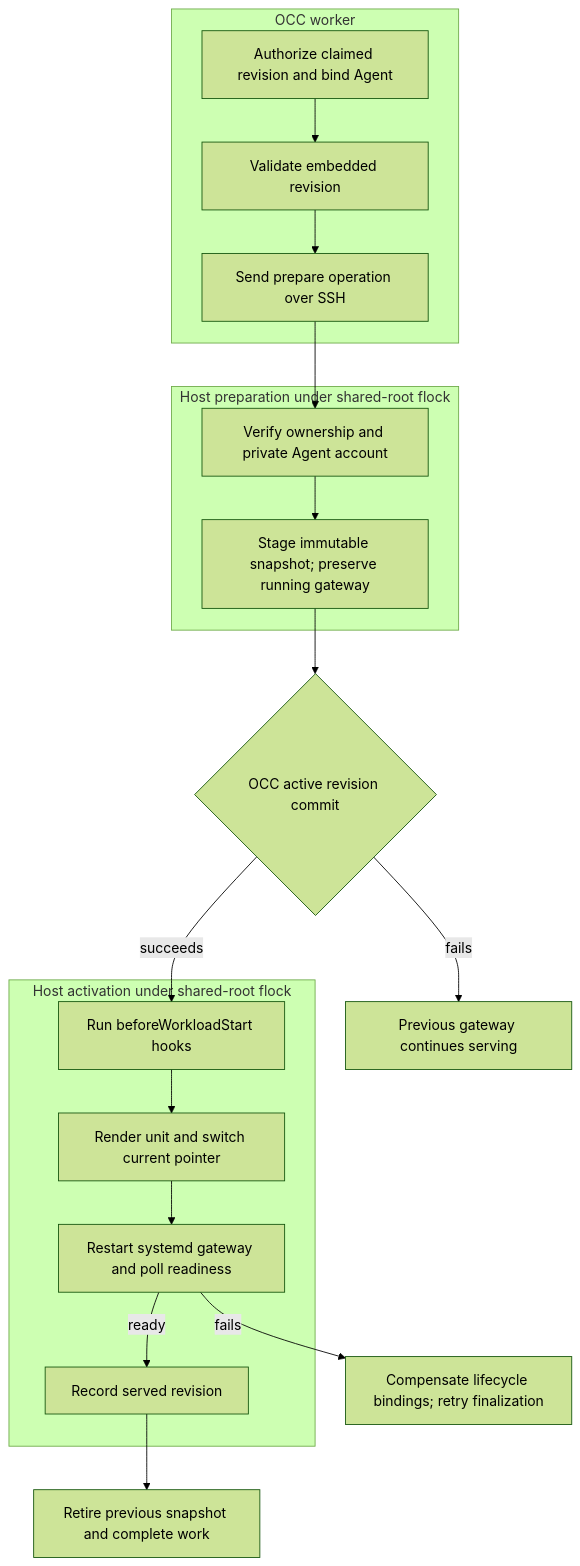
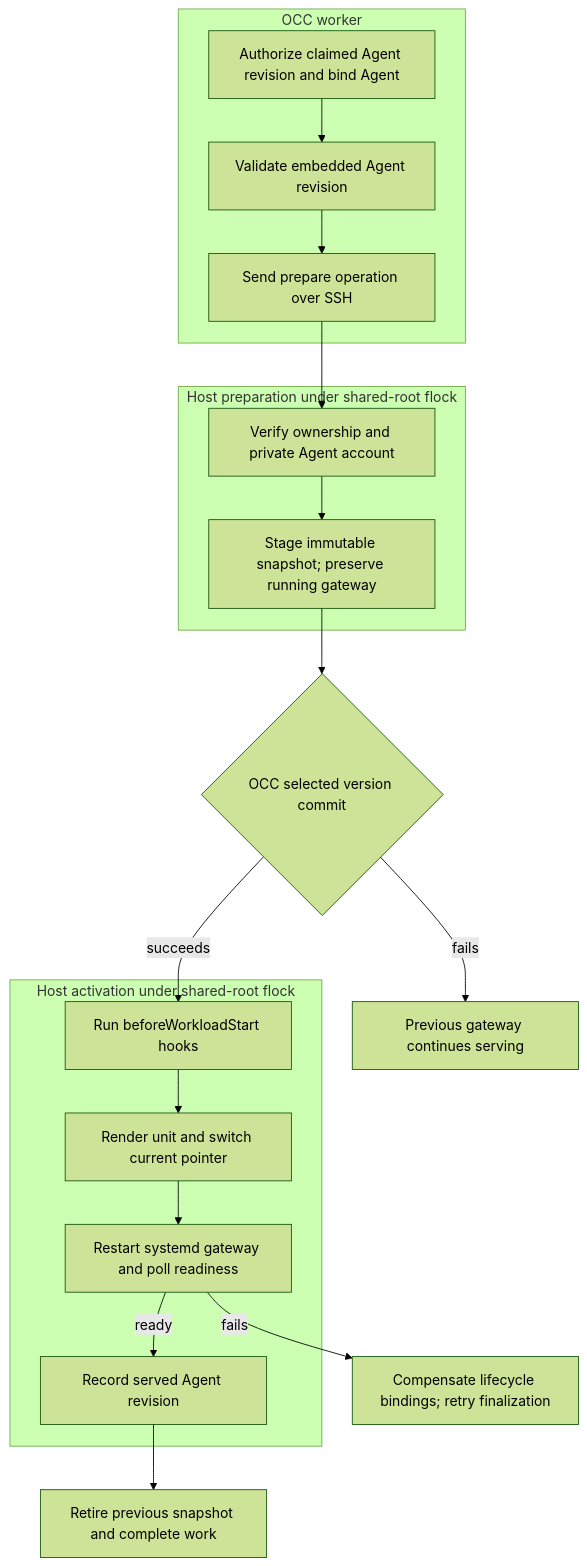
Before and after one commit to openclaw/openclaw-enterprise: the diagram in docs/flows/pr-24-ssh-compute.md, drawn with Mermaid (forest theme). The commit also changed other lines of this file and 198 other files, not shown here.

````diff
--- a/docs/flows/pr-24-ssh-compute.md
+++ b/docs/flows/pr-24-ssh-compute.md
@@ -37,21 +37,21 @@
 ```mermaid
 graph TD
   subgraph OCC["OCC worker"]
-    A["Authorize claimed revision and bind Agent"] --> B["Validate embedded revision"]
+    A["Authorize claimed Agent revision and bind Agent"] --> B["Validate embedded Agent revision"]
     B --> C["Send prepare operation over SSH"]
   end
   subgraph Stage["Host preparation under shared-root flock"]
     C --> D["Verify ownership and private Agent account"]
     D --> E["Stage immutable snapshot; preserve running gateway"]
   end
-  E --> F{"OCC active revision commit"}
+  E --> F{"OCC selected version commit"}
   F -->|fails| G["Previous gateway continues serving"]
   F -->|succeeds| H["Run beforeWorkloadStart hooks"]
   subgraph Activate["Host activation under shared-root flock"]
     H --> I["Render unit and switch current pointer"]
     I --> J["Restart systemd gateway and poll readiness"]
-    J -->|ready| K["Record served revision"]
+    J -->|ready| K["Record served Agent revision"]
   end
   J -->|fails| L["Compensate lifecycle bindings; retry finalization"]
   K --> M["Retire previous snapshot and complete work"]
 ```
````
